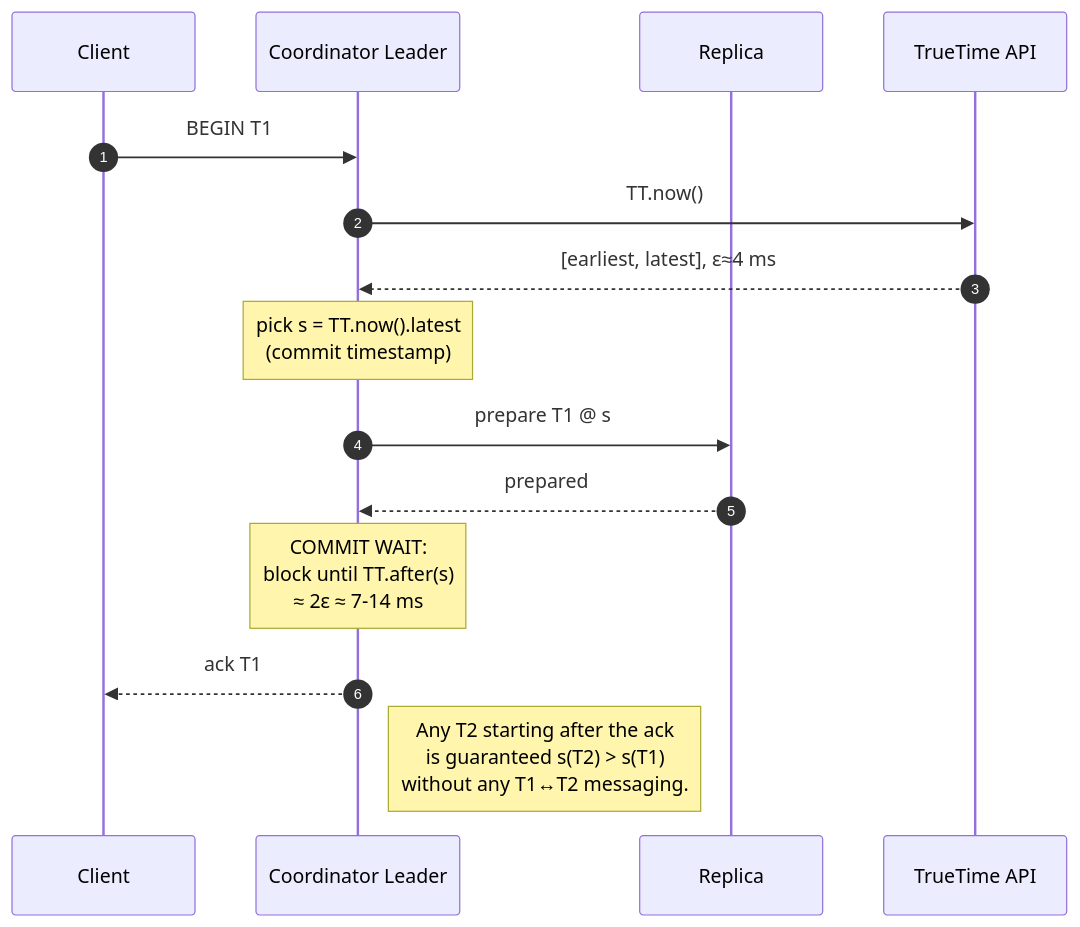
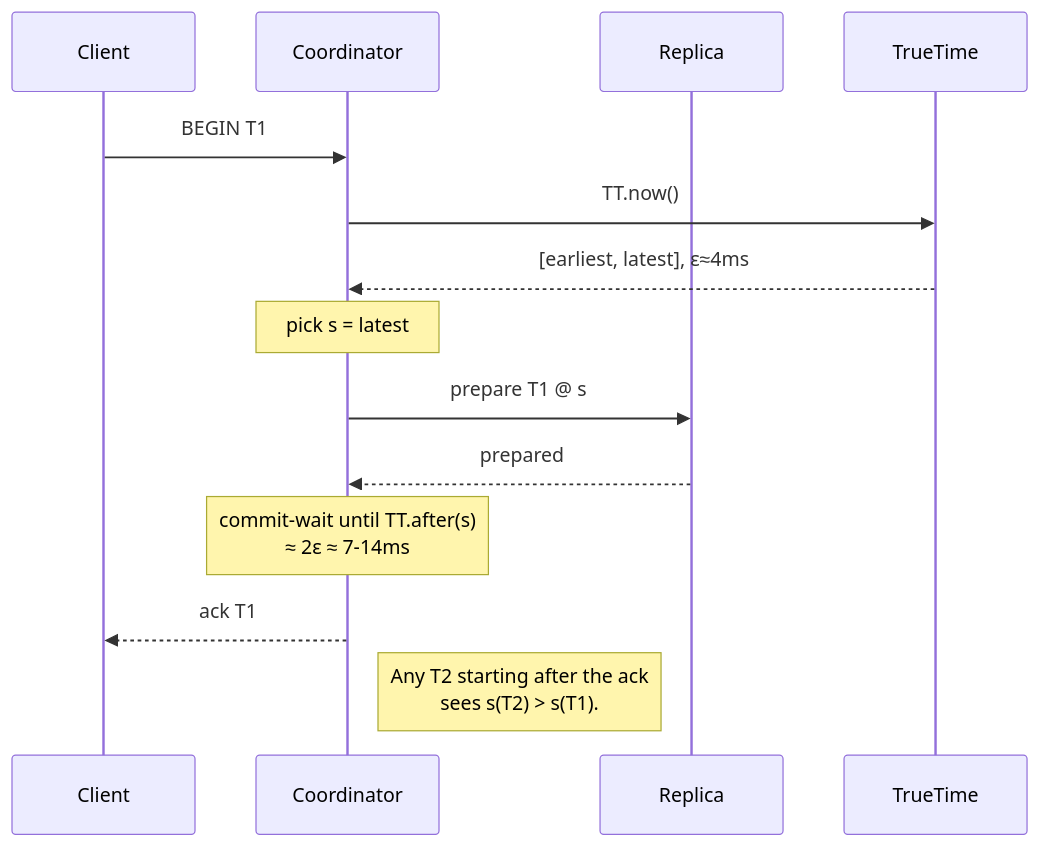
The diagram in content/articles/time-and-ordering/diagrams/spanner-commit-wait.mermaid (sujeet-pro/sujeet.pro), drawn with Mermaid before and after one commit. The commit also changed 2057 other files, not shown here.

```diff
--- a/content/articles/time-and-ordering/diagrams/spanner-commit-wait.mermaid
+++ b/content/articles/time-and-ordering/diagrams/spanner-commit-wait.mermaid
@@ -1,19 +1,18 @@
 %% Diagram: Spanner Commit Wait
 %% Type: sequence
 %%{init: {'htmlLabels': false}}%%
 sequenceDiagram
-    autonumber
     participant Client
-    participant Coordinator as Coordinator Leader
-    participant Replica as Replica
-    participant TT as TrueTime API
+    participant Coord as Coordinator
+    participant Replica
+    participant TT as TrueTime
 
-    Client->>Coordinator: BEGIN T1
-    Coordinator->>TT: TT.now()
-    TT-->>Coordinator: [earliest, latest], ε≈4 ms
-    Note over Coordinator: pick s = TT.now().latest<br/>(commit timestamp)
-    Coordinator->>Replica: prepare T1 @ s
-    Replica-->>Coordinator: prepared
-    Note over Coordinator: COMMIT WAIT:<br/>block until TT.after(s)<br/>≈ 2ε ≈ 7-14 ms
-    Coordinator-->>Client: ack T1
-    Note right of Coordinator: Any T2 starting after the ack<br/>is guaranteed s(T2) > s(T1)<br/>without any T1↔T2 messaging.
+    Client->>Coord: BEGIN T1
+    Coord->>TT: TT.now()
+    TT-->>Coord: [earliest, latest], ε≈4ms
+    Note over Coord: pick s = latest
+    Coord->>Replica: prepare T1 @ s
+    Replica-->>Coord: prepared
+    Note over Coord: commit-wait until TT.after(s)<br/>≈ 2ε ≈ 7-14ms
+    Coord-->>Client: ack T1
+    Note right of Coord: Any T2 starting after the ack<br/>sees s(T2) > s(T1).
```
